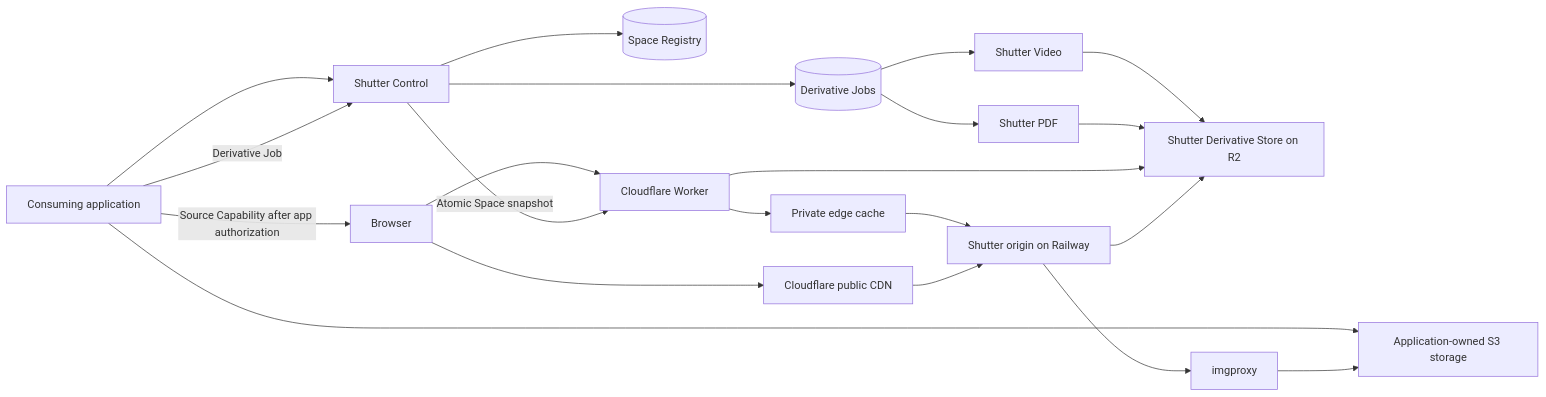
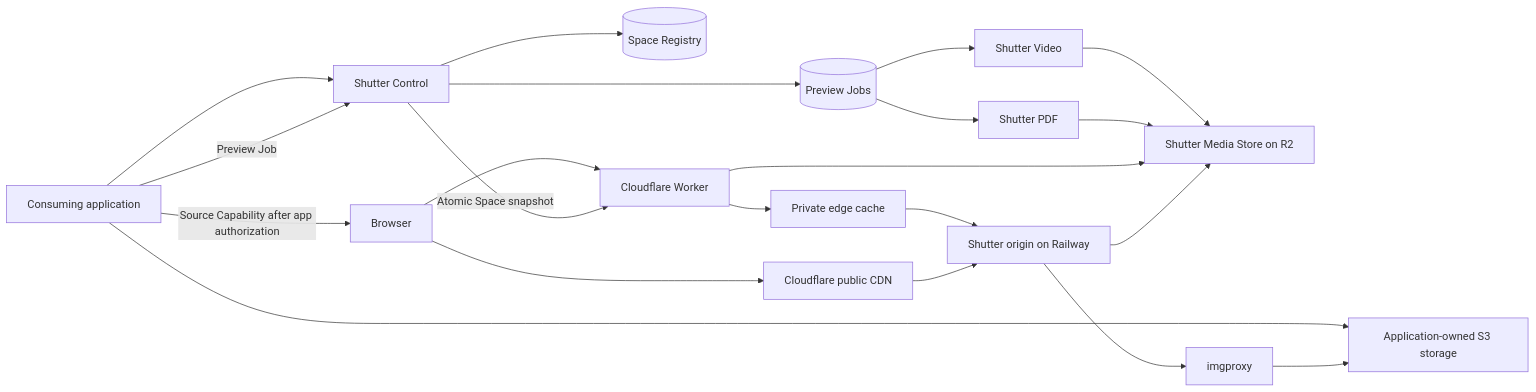
One commit to Traydr/shutter changed the diagram in docs/architecture.md. Above: the diagram before and after it, drawn with Mermaid. The commit also changed other lines of this file and 63 other files, not shown here.

First line of the commit message:
Replace the Derivative umbrella with concrete media terms

````diff
--- a/docs/architecture.md
+++ b/docs/architecture.md
@@ -13,22 +13,22 @@
 ```mermaid
 flowchart LR
   app["Consuming application"] --> control["Shutter Control"]
   control --> registry[("Space Registry")]
   app --> source["Application-owned S3 storage"]
-  app -->|"Derivative Job"| control
-  control --> jobs[("Derivative Jobs")]
+  app -->|"Preview Job"| control
+  control --> jobs[("Preview Jobs")]
   jobs --> video["Shutter Video"]
   jobs --> pdf["Shutter PDF"]
-  video --> derived["Shutter Derivative Store on R2"]
+  video --> derived["Shutter Media Store on R2"]
   pdf --> derived
   browser["Browser"] --> worker["Cloudflare Worker"]
   control -->|"Atomic Space snapshot"| worker
   worker --> privateCache["Private edge cache"]
   browser --> publicCache["Cloudflare public CDN"]
   privateCache --> origin["Shutter origin on Railway"]
   publicCache --> origin
   origin --> image["imgproxy"] --> source
   worker --> derived
   origin --> derived
   app -->|"Source Capability after app authorization"| browser
 ```
````
